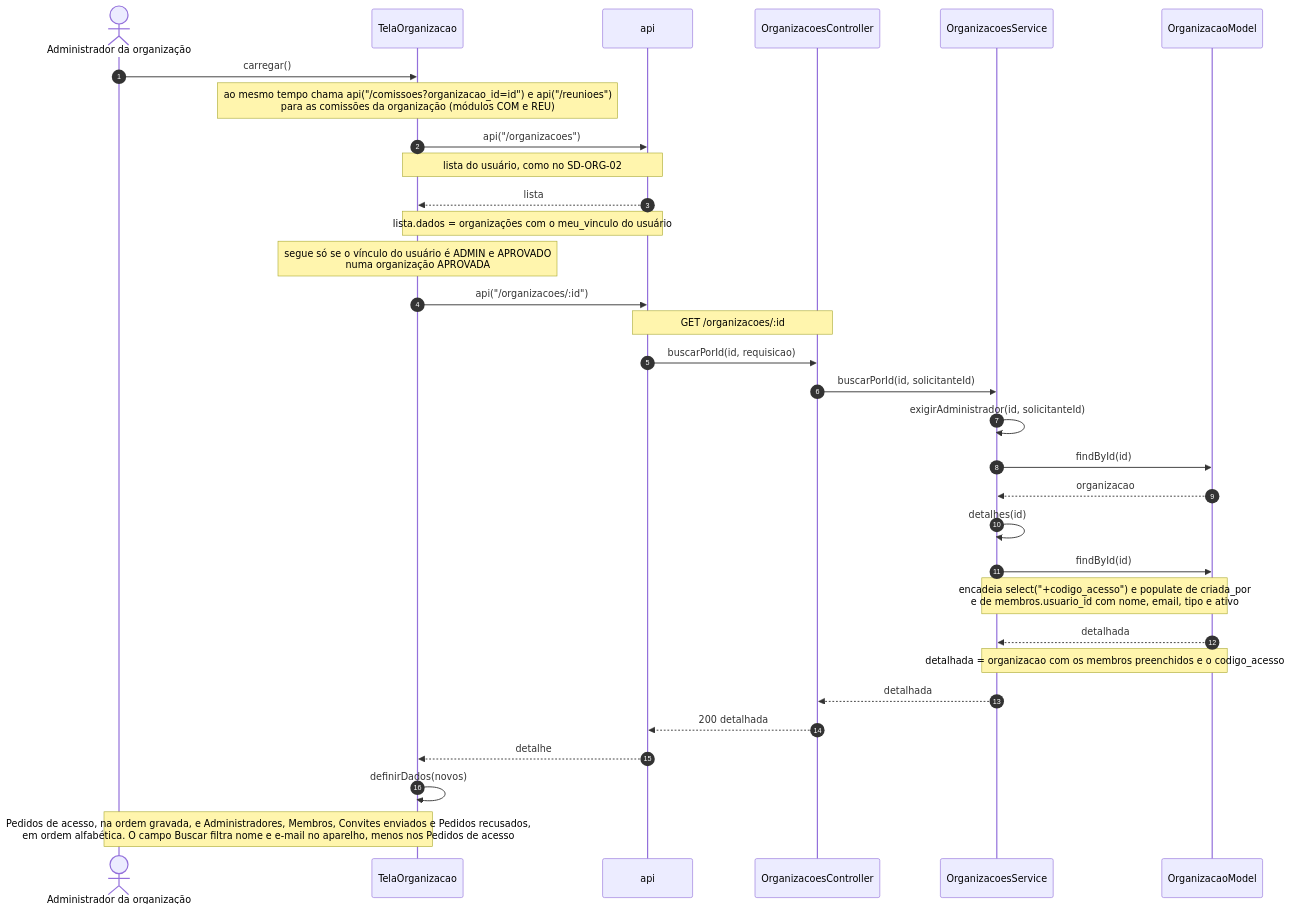
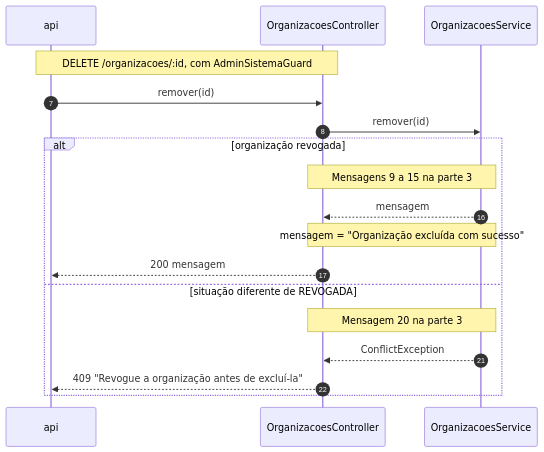
One commit to Conecta-IFSP/DOCUMENTATION changed diagram 20 of 47 in 2 - Incremento 1/cadastro-organizacao/6 - diagramas-sequencia-cadastro-organizacao.md. Above: the diagram before and after it, drawn with Mermaid. The commit also changed other lines of this file and 5 other files, not shown here.

Commit message:
Divide os diagramas de sequência dos incrementos 1 e 2 em partes legíveis

````diff
--- a/2 - Incremento 1/cadastro-organizacao/6 - diagramas-sequencia-cadastro-organizacao.md
+++ b/2 - Incremento 1/cadastro-organizacao/6 - diagramas-sequencia-cadastro-organizacao.md
@@ -643,34 +473,22 @@
 ```mermaid
 sequenceDiagram
-    autonumber
-    actor U as Administrador da organização
-    participant T as TelaOrganizacao
+    autonumber 7
     participant A as api
     participant C as OrganizacoesController
     participant S as OrganizacoesService
-    participant M as OrganizacaoModel
-    U->>T: carregar()
-    Note over T: ao mesmo tempo chama api("/comissoes?organizacao_id=id") e api("/reunioes")<br/>para as comissões da organização (módulos COM e REU)
-    T->>A: api("/organizacoes")
-    Note over T,A: lista do usuário, como no SD-ORG-02
-    A-->>T: lista
-    Note over T,A: lista.dados = organizações com o meu_vinculo do usuário
-    Note over T: segue só se o vínculo do usuário é ADMIN e APROVADO<br/>numa organização APROVADA
-    T->>A: api("/organizacoes/:id")
-    Note over A,C: GET /organizacoes/:id
-    A->>C: buscarPorId(id, requisicao)
-    C->>S: buscarPorId(id, solicitanteId)
-    S->>S: exigirAdministrador(id, solicitanteId)
-    S->>M: findById(id)
-    M-->>S: organizacao
-    S->>S: detalhes(id)
-    S->>M: findById(id)
-    Note over S,M: encadeia select("+codigo_acesso") e populate de criada_por<br/>e de membros.usuario_id com nome, email, tipo e ativo
-    M-->>S: detalhada
-    Note over S,M: detalhada = organizacao com os membros preenchidos e o codigo_acesso
-    S-->>C: detalhada
-    C-->>A: 200 detalhada
-    A-->>T: detalhe
-    T->>T: definirDados(novos)
-    Note over U,T: Pedidos de acesso, na ordem gravada, e Administradores, Membros, Convites enviados e Pedidos recusados,<br/>em ordem alfabética. O campo Buscar filtra nome e e-mail no aparelho, menos nos Pedidos de acesso
+    Note over A,C: DELETE /organizacoes/:id, com AdminSistemaGuard
+    A->>C: remover(id)
+    C->>S: remover(id)
+    alt organização revogada
+        Note over C,S: Mensagens 9 a 15 na parte 3
+        autonumber 16
+        S-->>C: mensagem
+        Note over C,S: mensagem = "Organização excluída com sucesso"
+        C-->>A: 200 mensagem
+    else situação diferente de REVOGADA
+        Note over C,S: Mensagem 20 na parte 3
+        autonumber 21
+        S-->>C: ConflictException
+        C-->>A: 409 "Revogue a organização antes de excluí-la"
+    end
 ```
````
